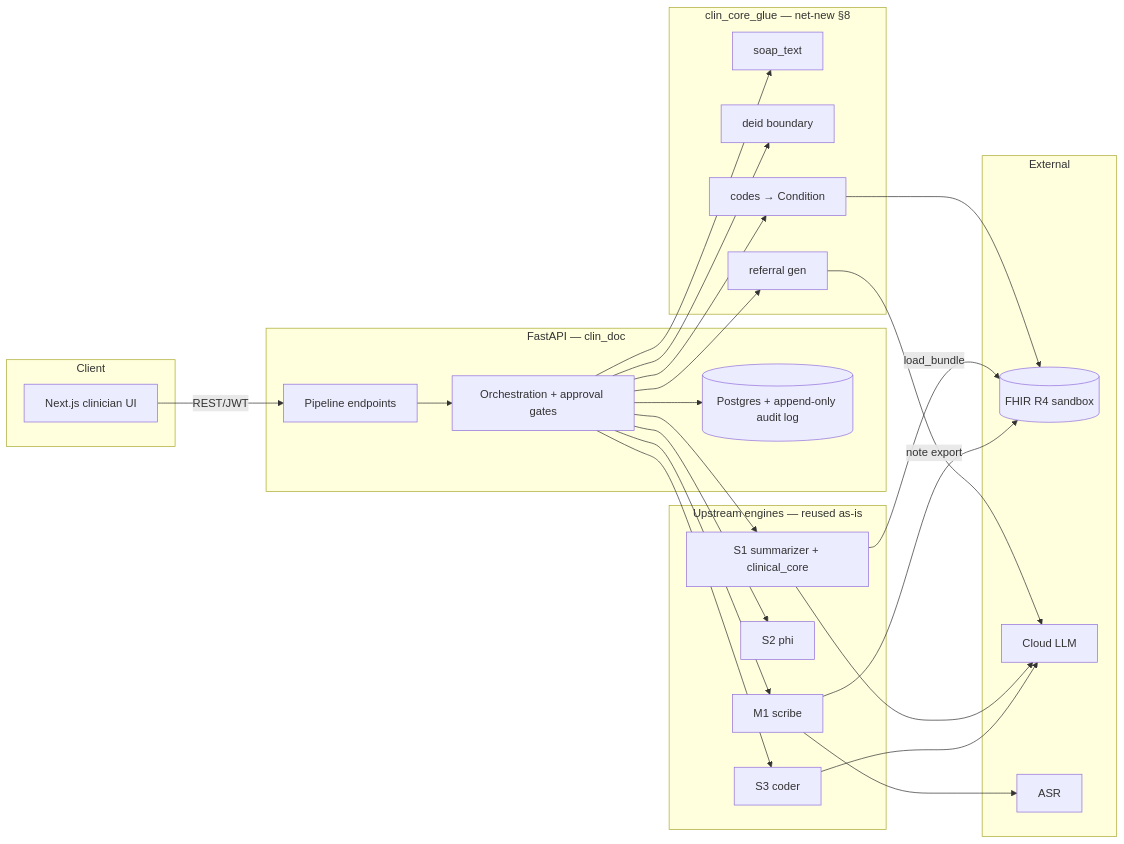
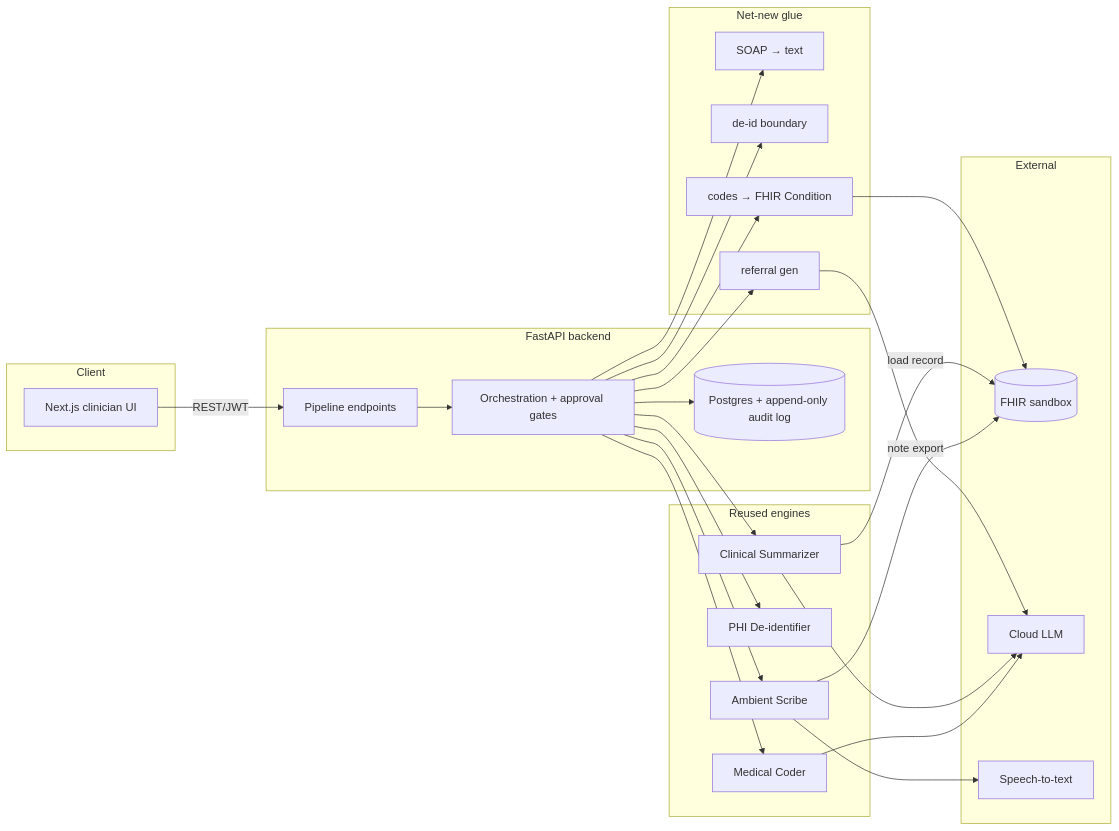
One commit to sovorn-c/clinical-documentation-assistant changed the diagram in README.md. Above: the diagram before and after it, drawn with Mermaid. The commit also changed other lines of this file and 5 other files, not shown here.

````diff
--- a/README.md
+++ b/README.md
@@ -23,37 +38,37 @@
 ```mermaid
 flowchart LR
   subgraph Client
     UI[Next.js clinician UI]
   end
-  subgraph Backend[FastAPI — clin_doc]
+  subgraph Backend[FastAPI backend]
     API[Pipeline endpoints]
     ORCH[Orchestration + approval gates]
     DB[(Postgres + append-only audit log)]
   end
-  subgraph Glue[clin_core_glue — net-new §8]
-    ST[soap_text]
-    DEID[deid boundary]
+  subgraph Glue[Net-new glue]
+    ST[SOAP → text]
+    DEID[de-id boundary]
     REF[referral gen]
-    FC[codes → Condition]
+    FC[codes → FHIR Condition]
   end
-  subgraph Engines[Upstream engines — reused as-is]
-    M1[M1 scribe]
-    S2[S2 phi]
-    S3[S3 coder]
-    S1[S1 summarizer + clinical_core]
+  subgraph Engines[Reused engines]
+    M1[Ambient Scribe]
+    S2[PHI De-identifier]
+    S3[Medical Coder]
+    S1[Clinical Summarizer]
   end
   subgraph External
-    FHIR[(FHIR R4 sandbox)]
+    FHIR[(FHIR sandbox)]
     LLM[Cloud LLM]
-    ASR[ASR]
+    ASR[Speech-to-text]
   end
   UI -->|REST/JWT| API
   API --> ORCH --> DB
   ORCH --> M1 & S2 & S3 & S1
   ORCH --> ST & DEID & REF & FC
   M1 --> ASR
   M1 -->|note export| FHIR
-  S1 -->|load_bundle| FHIR
+  S1 -->|load record| FHIR
   S3 & S1 & REF --> LLM
   FC --> FHIR
 ```
````
